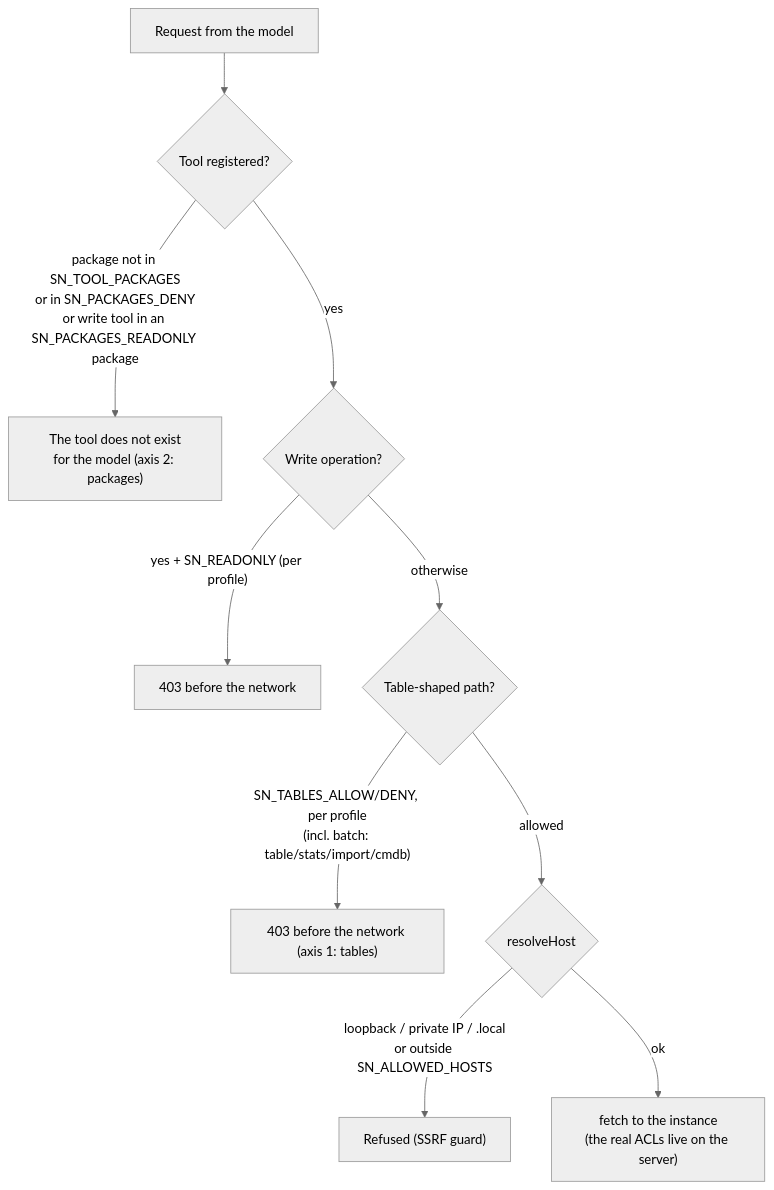
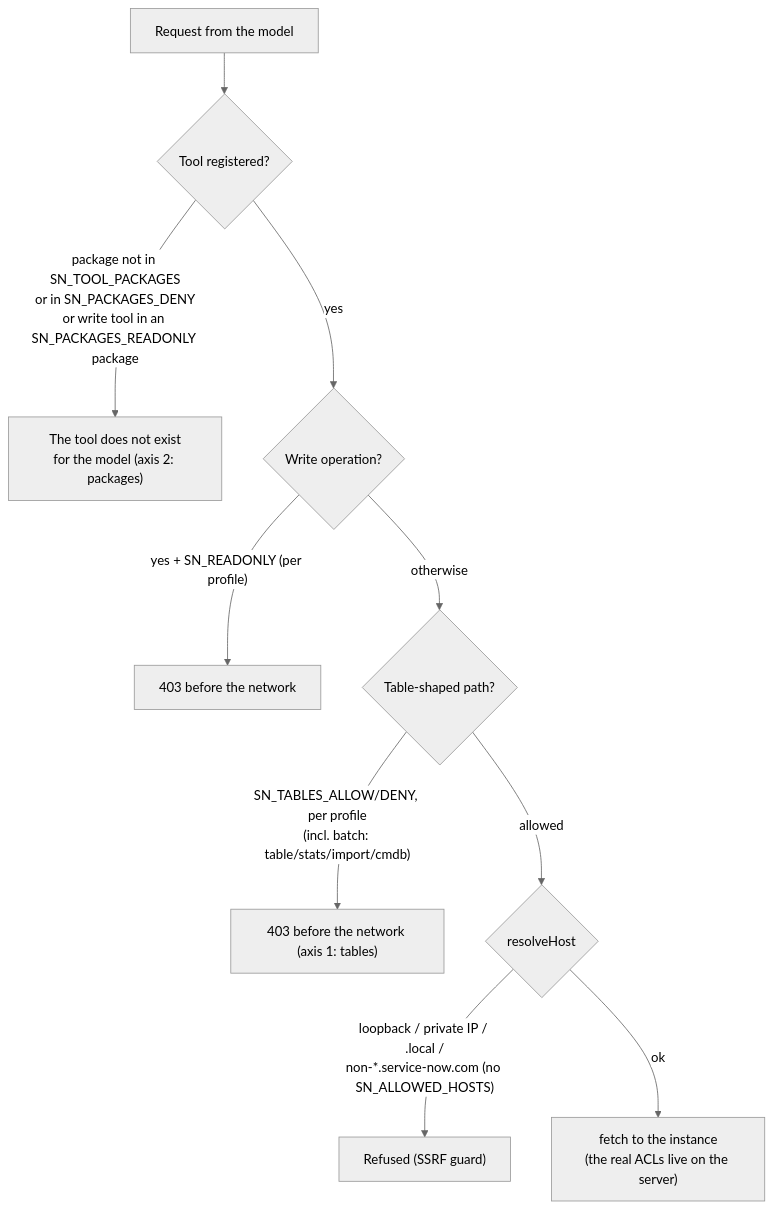
The third of 5 diagrams in ARCHITECTURE.md (LeassTaTT/servicenow-mcp-ai), drawn with Mermaid (neutral theme) before and after one commit. The commit also changed other lines of this file and 8 other files, not shown here.

First line of the commit message:
docs: sync architecture/readme/security/state for the review + hardening; add ROADMAP.md

````diff
--- a/ARCHITECTURE.md
+++ b/ARCHITECTURE.md
@@ -125,12 +125,12 @@
 ```mermaid
 flowchart TD
     REQ["Request from the model"] --> REGQ{"Tool registered?"}
     REGQ -- "package not in SN_TOOL_PACKAGES<br/>or in SN_PACKAGES_DENY<br/>or write tool in an SN_PACKAGES_READONLY package" --> NOTOOL["The tool does not exist<br/>for the model (axis 2: packages)"]
     REGQ -- yes --> WR{"Write operation?"}
     WR -- "yes + SN_READONLY (per profile)" --> DENY1["403 before the network"]
     WR -- otherwise --> TBL{"Table-shaped path?"}
     TBL -- "SN_TABLES_ALLOW/DENY, per profile<br/>(incl. batch: table/stats/import/cmdb)" --> DENY2["403 before the network (axis 1: tables)"]
     TBL -- allowed --> SSRF{"resolveHost"}
-    SSRF -- "loopback / private IP / .local<br/>or outside SN_ALLOWED_HOSTS" --> DENY3["Refused (SSRF guard)"]
+    SSRF -- "loopback / private IP / .local /<br/>non-*.service-now.com (no SN_ALLOWED_HOSTS)" --> DENY3["Refused (SSRF guard)"]
     SSRF -- ok --> NET["fetch to the instance<br/>(the real ACLs live on the server)"]
 ```
````
